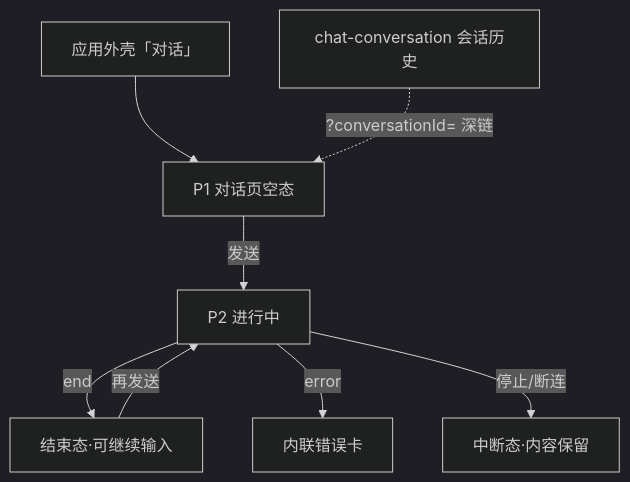
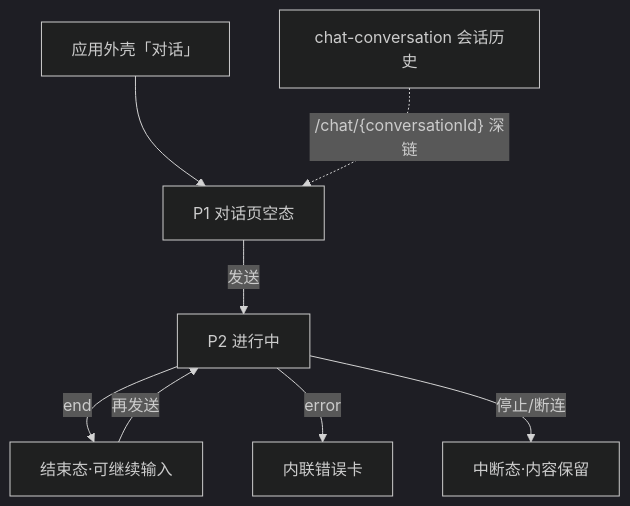
Before and after one commit to ChiYouIc/ehub-ai-workbench-prd: the diagram in designs/ai-chat/ai-chat-ia.md, drawn with Mermaid (dark theme). The commit also changed other lines of this file and 6 other files, not shown here.

First line of the commit message:
docs: 会话历史路由形态改为路径参数 /chat/{conversationId}

````diff
--- a/designs/ai-chat/ai-chat-ia.md
+++ b/designs/ai-chat/ai-chat-ia.md
@@ -89,10 +89,10 @@
 ```mermaid
 flowchart TD
     APP[应用外壳「对话」] --> P1[P1 对话页空态]
     P1 -->|发送| P2[P2 进行中]
     P2 -->|end| P2R[结束态·可继续输入]
     P2 -->|error| P3[内联错误卡]
     P2 -->|停止/断连| P2I[中断态·内容保留]
     P2R -->|再发送| P2
-    CONV[chat-conversation 会话历史] -.->|?conversationId= 深链| P1
+    CONV[chat-conversation 会话历史] -.->|"/chat/{conversationId} 深链"| P1
 ```
````
